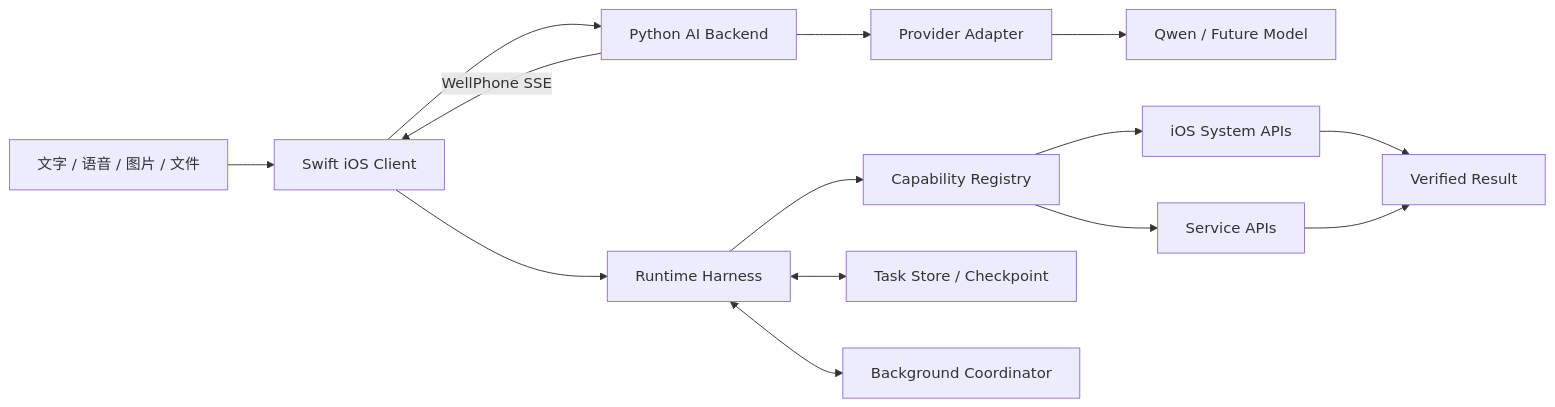
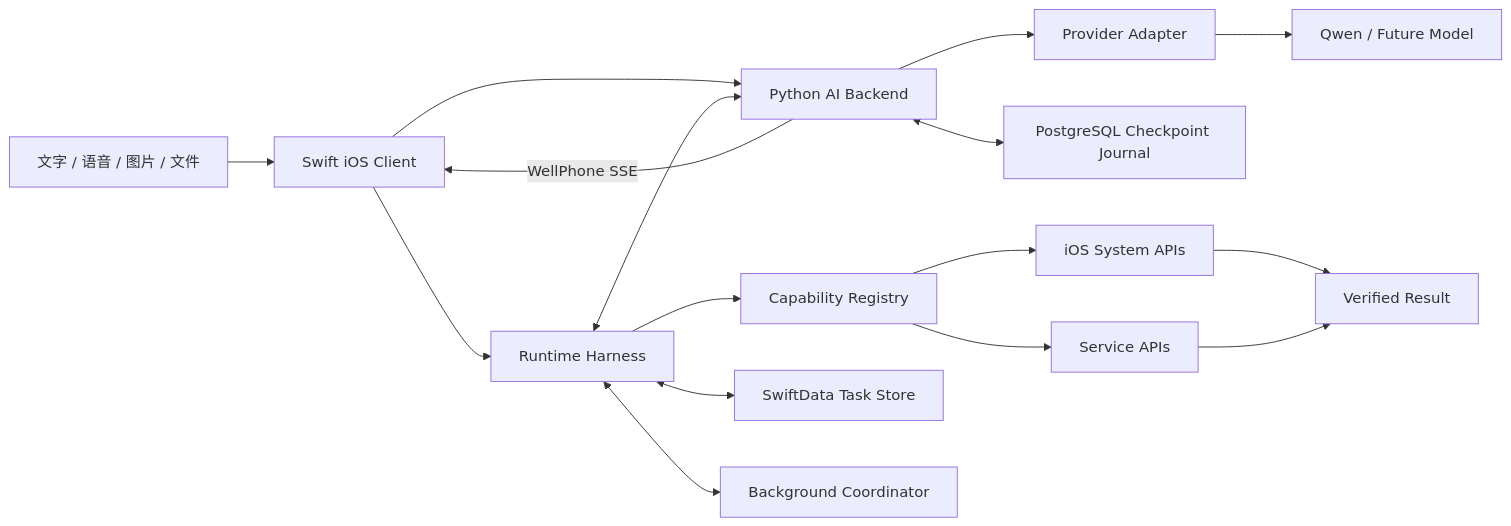
Before and after one commit to Kirin-Hunter-Nan/wellphone: the diagram in README.md, drawn with Mermaid. The commit also changed other lines of this file and 13 other files, not shown here.

````diff
--- a/README.md
+++ b/README.md
@@ -17,16 +17,18 @@
 ```mermaid
 flowchart LR
     A["文字 / 语音 / 图片 / 文件"] --> B["Swift iOS Client"]
     B --> C["Python AI Backend"]
     C --> D["Provider Adapter"]
     D --> E["Qwen / Future Model"]
     C -->|"WellPhone SSE"| B
     B --> F["Runtime Harness"]
     F --> G["Capability Registry"]
-    F <--> H["Task Store / Checkpoint"]
+    F <--> H["SwiftData Task Store"]
+    F <--> C
+    C <--> M["PostgreSQL Checkpoint Journal"]
     F <--> I["Background Coordinator"]
     G --> J["iOS System APIs"]
     G --> K["Service APIs"]
     J --> L["Verified Result"]
     K --> L
 ```
````
